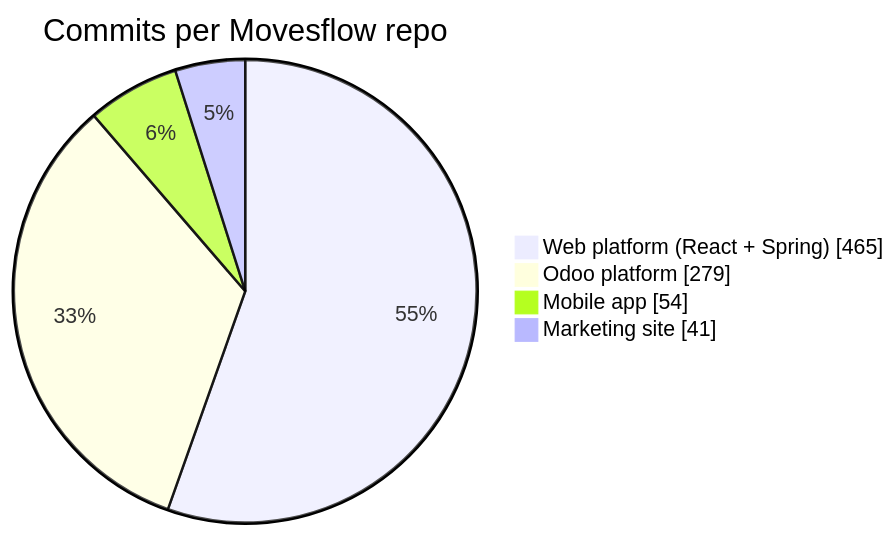
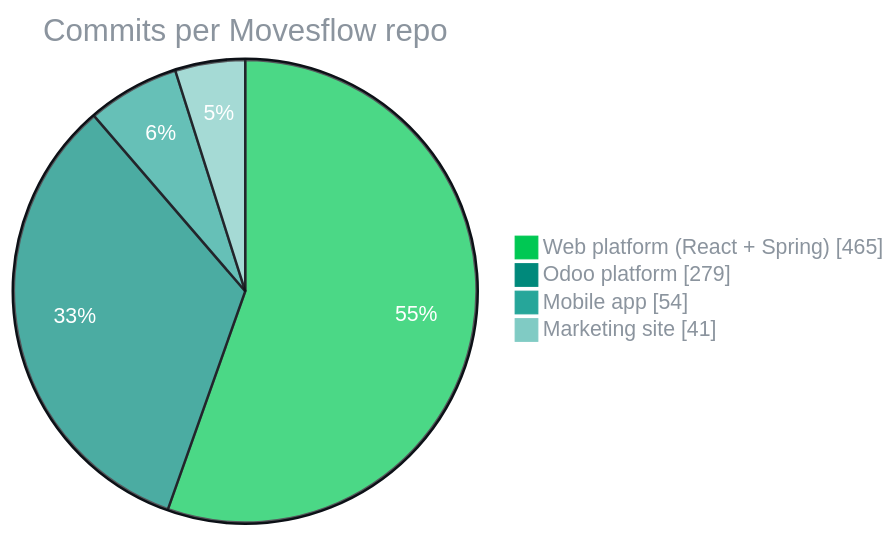
The second of 2 diagrams in README.md (ssdeniss/ssdeniss), drawn with Mermaid before and after one commit.

Commit message:
Theme Movesflow commits chart

````diff
--- a/README.md
+++ b/README.md
@@ -132,8 +132,9 @@
 ```mermaid
+%%{init: {'theme':'base','themeVariables':{'pie1':'#00c853','pie2':'#00897b','pie3':'#26a69a','pie4':'#80cbc4','pieStrokeColor':'#0d1117','pieOuterStrokeColor':'#0d1117','pieTitleTextColor':'#8b949e','pieLegendTextColor':'#8b949e','pieSectionTextColor':'#ffffff'}}}%%
 pie showData
     title Commits per Movesflow repo
     "Web platform (React + Spring)" : 465
     "Odoo platform" : 279
     "Mobile app" : 54
     "Marketing site" : 41
 ```
````
